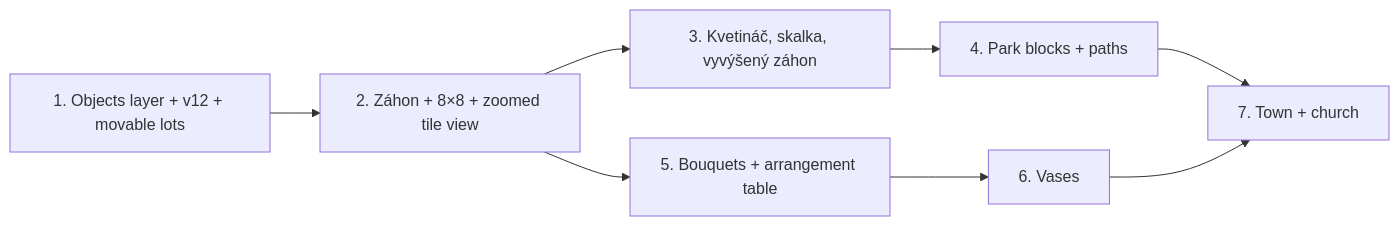
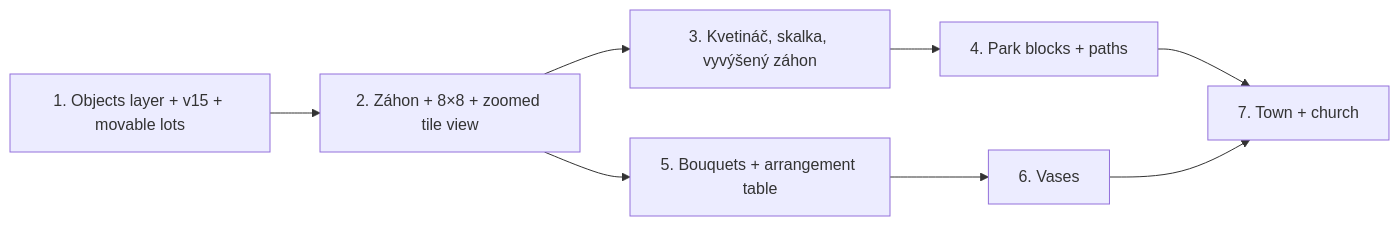
Before and after one commit to marekvasko/magic-flowers: the second of 2 diagrams in docs/design/156-zahrada-dekoracia.md, drawn with Mermaid. The commit also changed other lines of this file, not shown here.

````diff
--- a/docs/design/156-zahrada-dekoracia.md
+++ b/docs/design/156-zahrada-dekoracia.md
@@ -165,10 +165,10 @@
 ```mermaid
 flowchart LR
-  P1["1. Objects layer + v12 + movable lots"] --> P2["2. Záhon + 8×8 + zoomed tile view"]
+  P1["1. Objects layer + v15 + movable lots"] --> P2["2. Záhon + 8×8 + zoomed tile view"]
   P2 --> P3["3. Kvetináč, skalka, vyvýšený záhon"]
   P3 --> P4["4. Park blocks + paths"]
   P2 --> P5["5. Bouquets + arrangement table"]
   P5 --> P6["6. Vases"]
   P4 --> P7["7. Town + church"]
   P6 --> P7
 ```
````
